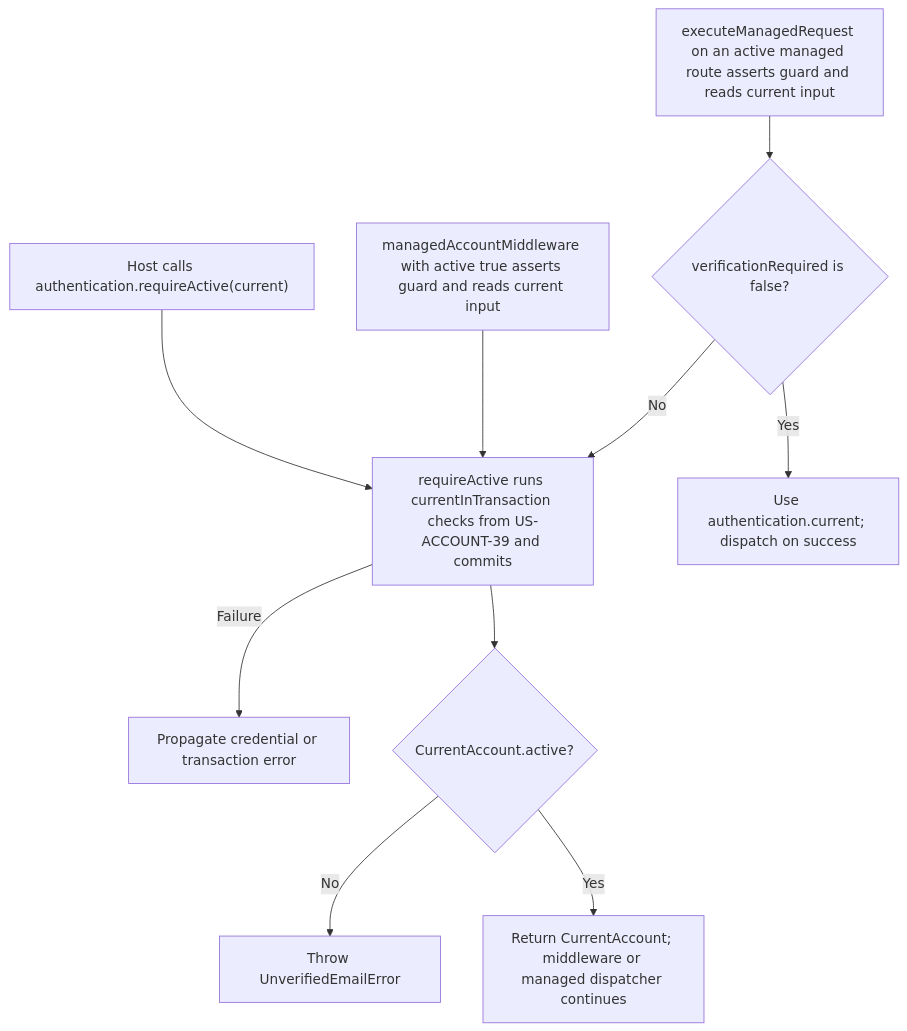
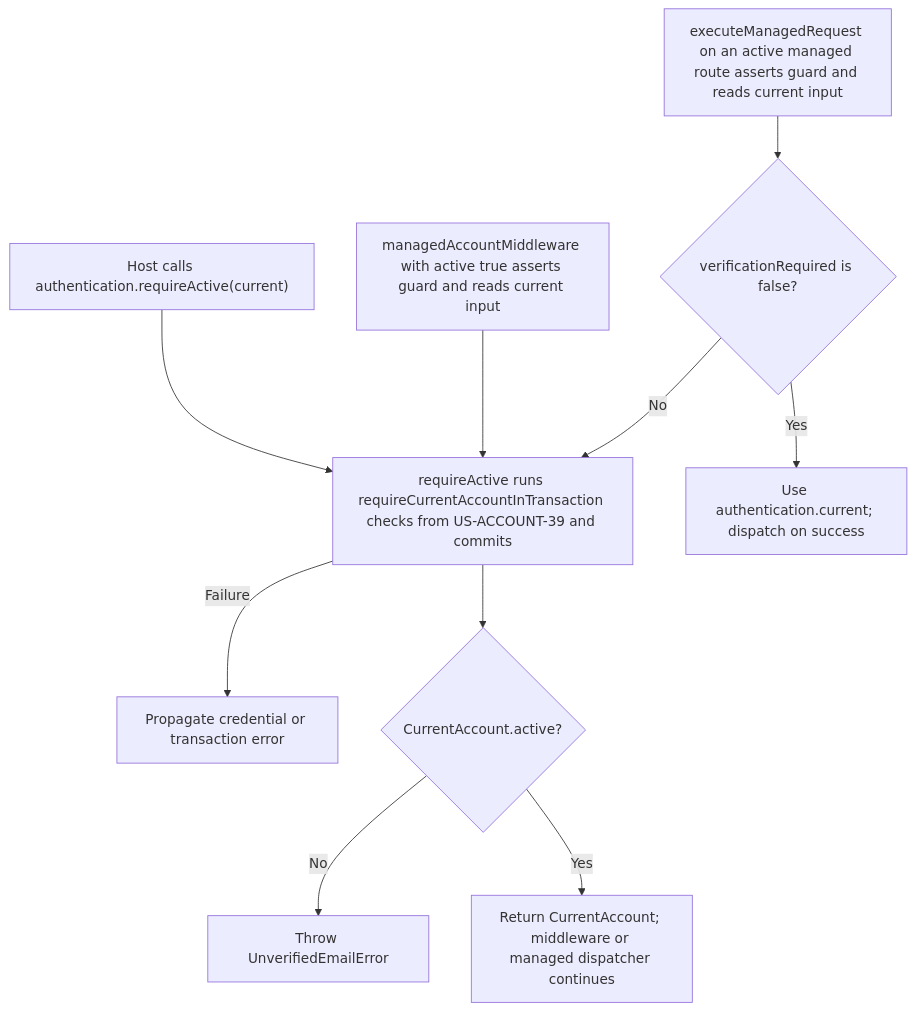
One commit to Kevinjohn/oss-adonisjs-account-kit changed the second of 2 diagrams in user-stories/US-ACCOUNT-40-require-active-account.md. Above: the diagram before and after it, drawn with Mermaid. The commit also changed 29 other files, not shown here.

````diff
--- a/user-stories/US-ACCOUNT-40-require-active-account.md
+++ b/user-stories/US-ACCOUNT-40-require-active-account.md
@@ -32,12 +32,12 @@
 ```mermaid
 flowchart TD
  H["Host calls authentication.requireActive(current)"] --> A
  M["managedAccountMiddleware with active true asserts guard and reads current input"] --> A
  N["executeManagedRequest on an active managed route asserts guard and reads current input"] --> O{"verificationRequired is false?"}
  O -->|Yes| P["Use authentication.current; dispatch on success"]
- O -->|No| A["requireActive runs currentInTransaction checks from US-ACCOUNT-39 and commits"]
+ O -->|No| A["requireActive runs requireCurrentAccountInTransaction checks from US-ACCOUNT-39 and commits"]
  A -->|Failure| D["Propagate credential or transaction error"]
  A --> E{"CurrentAccount.active?"}
  E -->|No| F["Throw UnverifiedEmailError"]
  E -->|Yes| G["Return CurrentAccount; middleware or managed dispatcher continues"]
 ```
````
